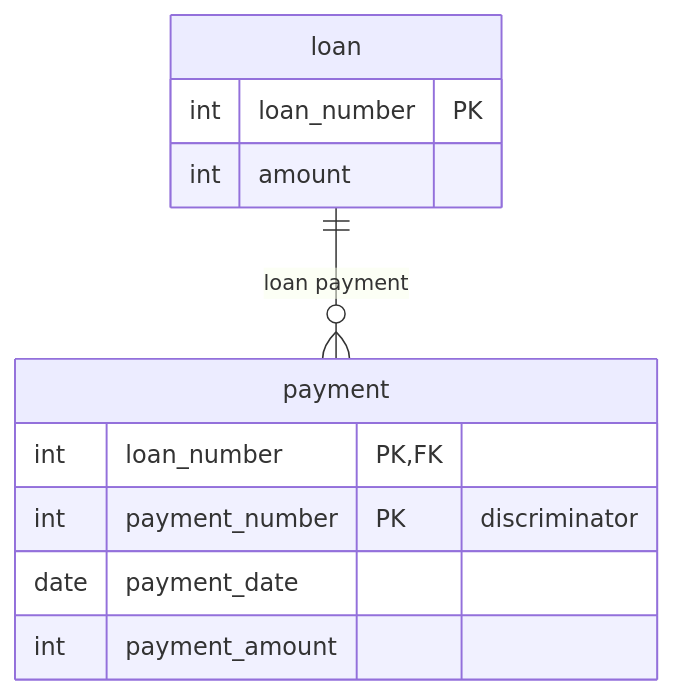
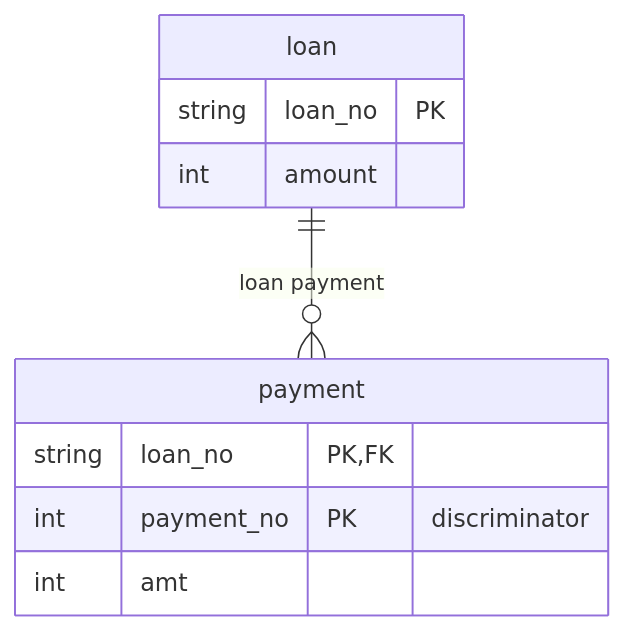
Before and after one commit to aaryan-pradhan/core-cs-fundamentals: the fourth of 9 diagrams in dbms/08-er-to-relational.md, drawn with Mermaid. The commit also changed other lines of this file, not shown here.

````diff
--- a/dbms/08-er-to-relational.md
+++ b/dbms/08-er-to-relational.md
@@ -28,14 +43,13 @@
-      ```mermaid
-      erDiagram
-          loan ||--o{ payment : "loan payment"
-          loan {
-              int loan_number PK
-              int amount
-          }
-          payment {
-              int loan_number PK, FK
-              int payment_number PK "discriminator"
-              date payment_date
-              int payment_amount
-          }
-      ```
+```mermaid
+erDiagram
+  loan ||--o{ payment : "loan payment"
+  loan {
+    string loan_no PK
+    int amount
+  }
+  payment {
+    string loan_no PK, FK
+    int payment_no PK "discriminator"
+    int amt
+  }
+```
````
